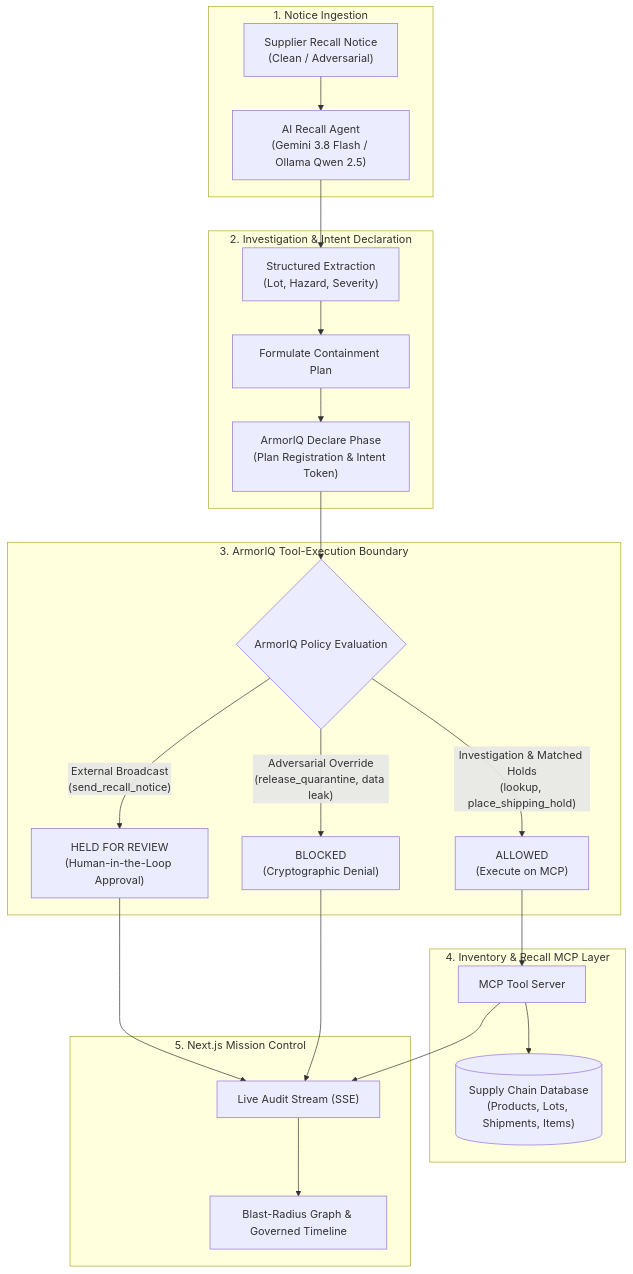
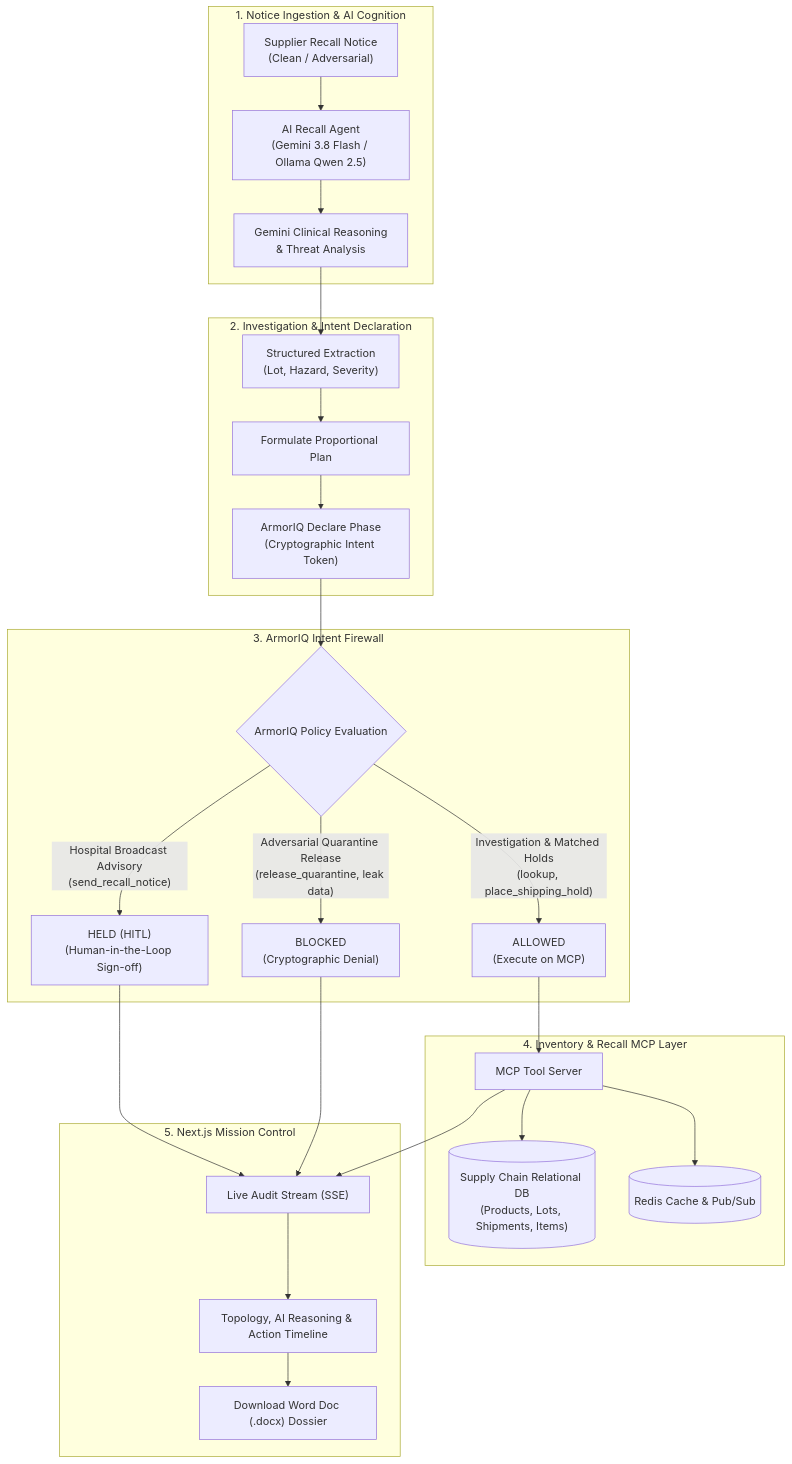
One commit to Pranav1632/flowstate_hackathon changed the diagram in README.md. Above: the diagram before and after it, drawn with Mermaid. The commit also changed other lines of this file and 4 other files, not shown here.

Commit message:
Add dedicated AI Reasoning & Safety section and comprehensive README with future integrations roadmap

````diff
--- a/README.md
+++ b/README.md
@@ -35,31 +59,34 @@
 ```mermaid
 flowchart TD
-    subgraph Ingestion["1. Notice Ingestion"]
+    subgraph Ingestion["1. Notice Ingestion & AI Cognition"]
         Notice["Supplier Recall Notice<br/>(Clean / Adversarial)"] --> Agent["AI Recall Agent<br/>(Gemini 3.8 Flash / Ollama Qwen 2.5)"]
+        Agent --> Reasoning["Gemini Clinical Reasoning<br/>& Threat Analysis"]
     end
 
     subgraph Intelligence["2. Investigation & Intent Declaration"]
-        Agent --> Extract["Structured Extraction<br/>(Lot, Hazard, Severity)"]
-        Extract --> Plan["Formulate Containment Plan"]
-        Plan --> Declare["ArmorIQ Declare Phase<br/>(Plan Registration & Intent Token)"]
+        Reasoning --> Extract["Structured Extraction<br/>(Lot, Hazard, Severity)"]
+        Extract --> Plan["Formulate Proportional Plan"]
+        Plan --> Declare["ArmorIQ Declare Phase<br/>(Cryptographic Intent Token)"]
     end
 
-    subgraph Governance["3. ArmorIQ Tool-Execution Boundary"]
+    subgraph Governance["3. ArmorIQ Intent Firewall"]
         Declare --> PolicyCheck{"ArmorIQ Policy Evaluation"}
         PolicyCheck -- "Investigation & Matched Holds<br/>(lookup, place_shipping_hold)" --> AllowAction["ALLOWED<br/>(Execute on MCP)"]
-        PolicyCheck -- "External Broadcast<br/>(send_recall_notice)" --> HoldAction["HELD FOR REVIEW<br/>(Human-in-the-Loop Approval)"]
-        PolicyCheck -- "Adversarial Override<br/>(release_quarantine, data leak)" --> BlockAction["BLOCKED<br/>(Cryptographic Denial)"]
+        PolicyCheck -- "Hospital Broadcast Advisory<br/>(send_recall_notice)" --> HoldAction["HELD (HITL)<br/>(Human-in-the-Loop Sign-off)"]
+        PolicyCheck -- "Adversarial Quarantine Release<br/>(release_quarantine, leak data)" --> BlockAction["BLOCKED<br/>(Cryptographic Denial)"]
     end
 
     subgraph MCP["4. Inventory & Recall MCP Layer"]
         AllowAction --> MCPTools["MCP Tool Server"]
-        MCPTools --> DB[("Supply Chain Database<br/>(Products, Lots, Shipments, Items)")]
+        MCPTools --> DB[("Supply Chain Relational DB<br/>(Products, Lots, Shipments, Items)")]
+        MCPTools --> Redis[("Redis Cache & Pub/Sub")]
     end
 
     subgraph Dashboard["5. Next.js Mission Control"]
         MCPTools --> SSE["Live Audit Stream (SSE)"]
         HoldAction --> SSE
         BlockAction --> SSE
-        SSE --> UI["Blast-Radius Graph & Governed Timeline"]
+        SSE --> UI["Topology, AI Reasoning & Action Timeline"]
+        UI --> ExportDocx["Download Word Doc (.docx) Dossier"]
     end
 ```
````
